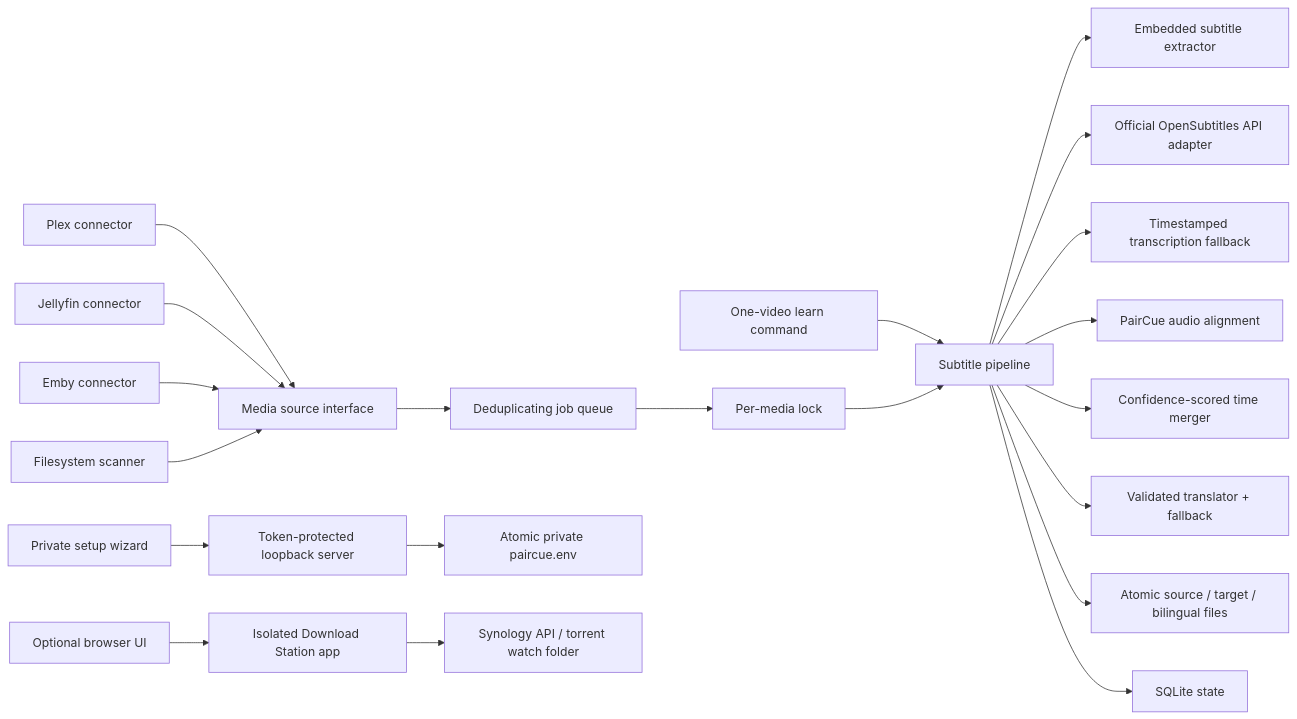
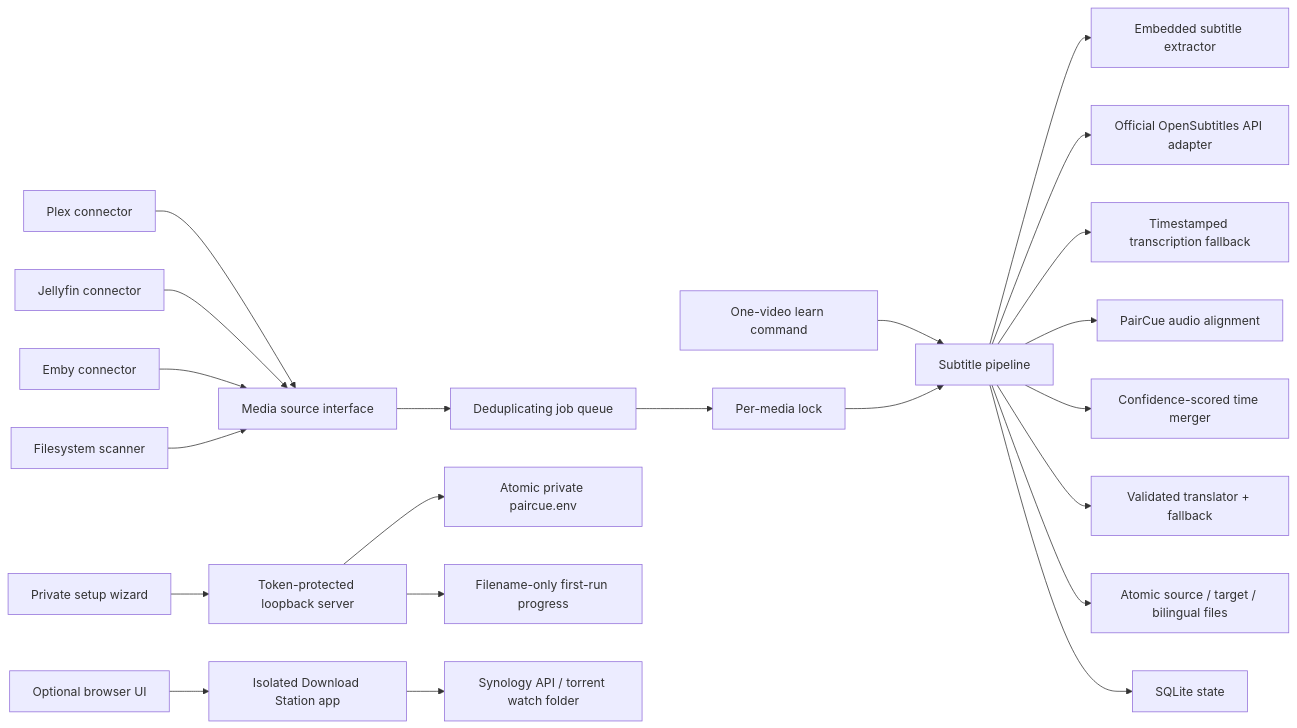
The diagram in ARCHITECTURE.md (NLINEA/PairCue), drawn with Mermaid before and after one commit. The commit also changed other lines of this file and 28 other files, not shown here.

````diff
--- a/ARCHITECTURE.md
+++ b/ARCHITECTURE.md
@@ -16,25 +16,26 @@
 ```mermaid
 flowchart LR
     Plex["Plex connector"] --> Source["Media source interface"]
     Jellyfin["Jellyfin connector"] --> Source
     Emby["Emby connector"] --> Source
     Folder["Filesystem scanner"] --> Source
     Learn["One-video learn command"] --> Pipeline
     Source --> Queue["Deduplicating job queue"]
     Queue --> Lock["Per-media lock"]
     Lock --> Pipeline["Subtitle pipeline"]
     Pipeline --> Embedded["Embedded subtitle extractor"]
     Pipeline --> Provider["Official OpenSubtitles API adapter"]
     Pipeline --> Transcribe["Timestamped transcription fallback"]
     Pipeline --> Sync["PairCue audio alignment"]
     Pipeline --> Merge["Confidence-scored time merger"]
     Pipeline --> Translate["Validated translator + fallback"]
     Pipeline --> Output["Atomic source / target / bilingual files"]
     Pipeline --> State["SQLite state"]
 
     Setup["Private setup wizard"] --> Loopback["Token-protected loopback server"]
     Loopback --> Config["Atomic private paircue.env"]
+    Loopback --> Progress["Filename-only first-run progress"]
 
     Browser["Optional browser UI"] --> DownloadAPI["Isolated Download Station app"]
     DownloadAPI --> Synology["Synology API / torrent watch folder"]
 ```
````
